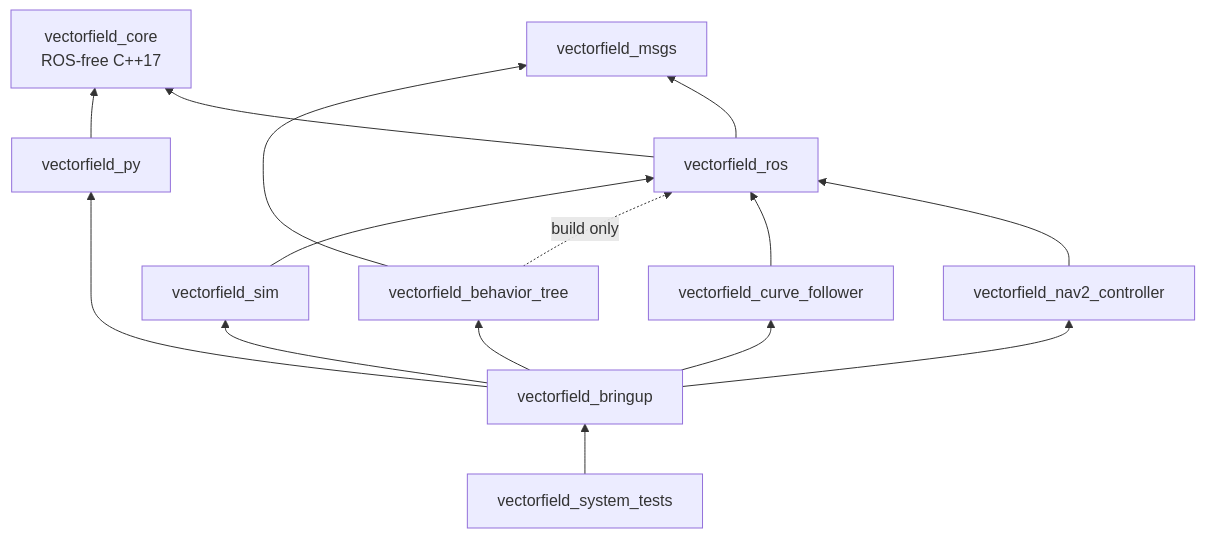
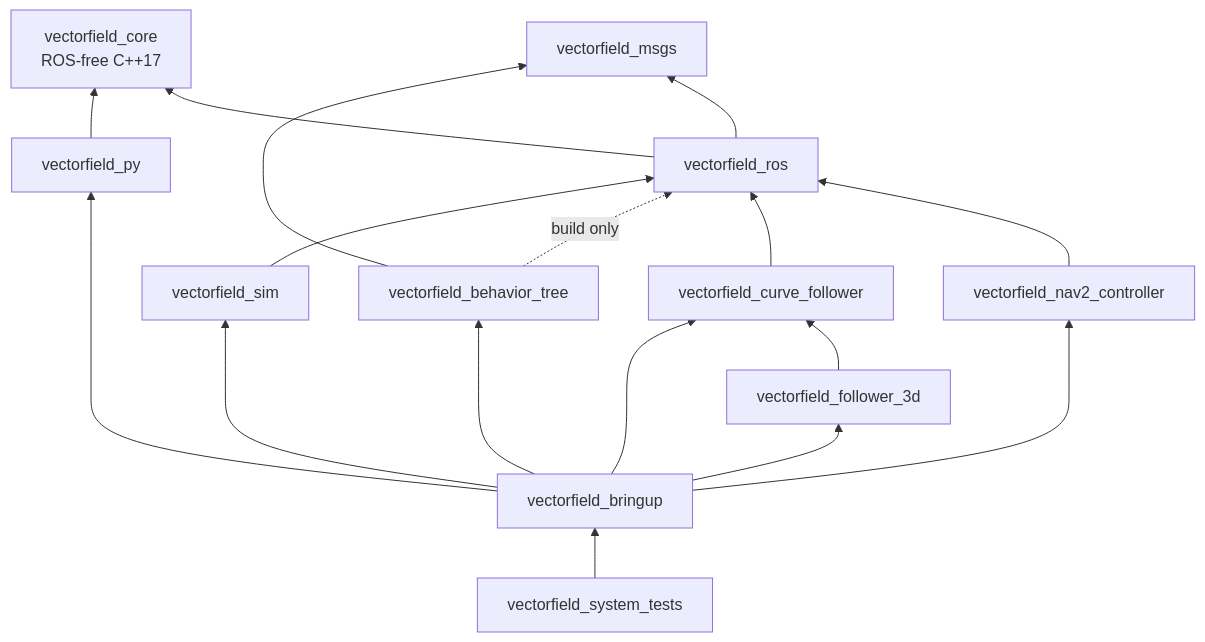
The diagram in README.md (h3ct0r/vectorfield_nav2), drawn with Mermaid before and after one commit. The commit also changed other lines of this file and 59 other files, not shown here.

````diff
--- a/README.md
+++ b/README.md
@@ -56,28 +57,31 @@
 ```mermaid
 flowchart BT
   core["vectorfield_core<br/>ROS-free C++17"]
   msgs["vectorfield_msgs"]
   ros["vectorfield_ros"]
   ctrl["vectorfield_nav2_controller"]
   follower["vectorfield_curve_follower"]
+  follower3d["vectorfield_follower_3d"]
   bt["vectorfield_behavior_tree"]
   sim["vectorfield_sim"]
   py["vectorfield_py"]
   bringup["vectorfield_bringup"]
   tests["vectorfield_system_tests"]
 
   ros --> core
   ros --> msgs
   ctrl --> ros
   follower --> ros
+  follower3d --> follower
   bt --> msgs
   bt -.->|build only| ros
   sim --> ros
   py --> core
   bringup --> ctrl
   bringup --> follower
+  bringup --> follower3d
   bringup --> bt
   bringup --> sim
   bringup --> py
   tests --> bringup
 ```
````
